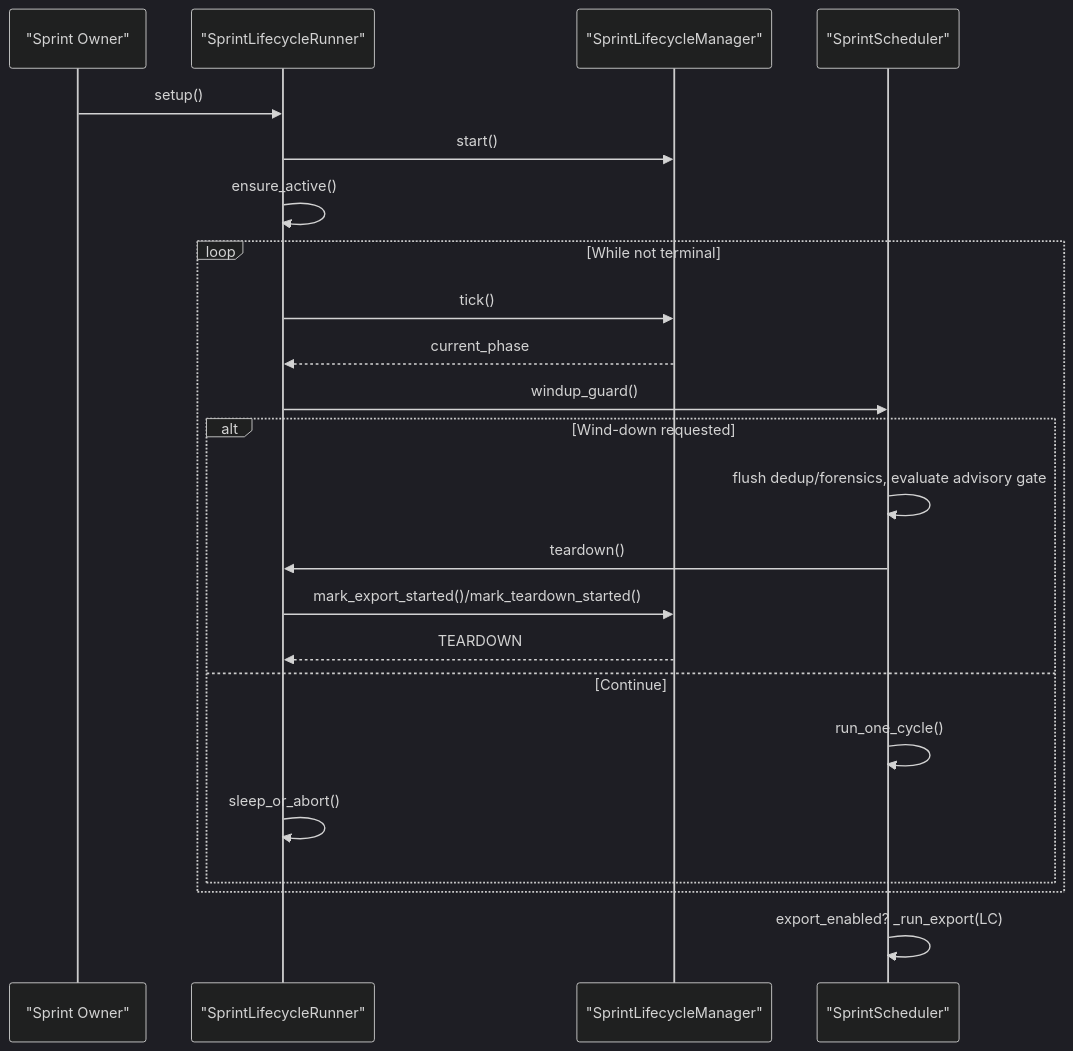
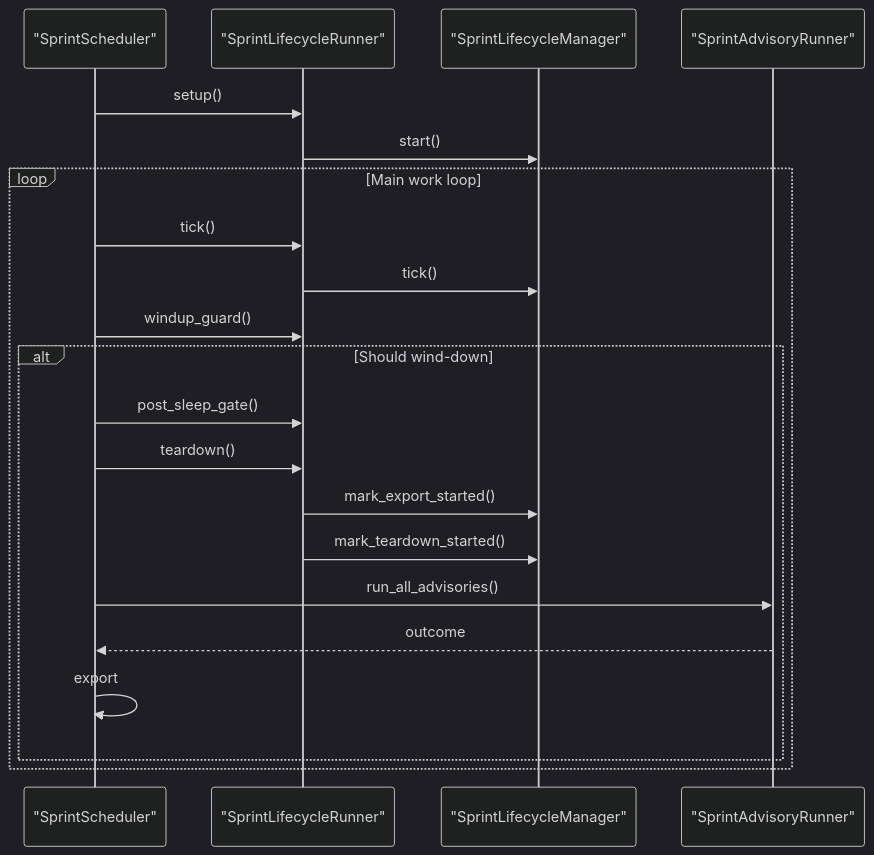
Before and after one commit to Hamulda/hledac-universal: the second of 6 diagrams in .qoder/repowiki/en/content/Runtime Management/Sprint Lifecycle Management.md, drawn with Mermaid (dark theme). The commit also changed other lines of this file and 236 other files, not shown here.

Commit message:
feat: F234 prelive gate, acquisition strategy and sprint scheduler improvements

````diff
--- a/.qoder/repowiki/en/content/Runtime Management/Sprint Lifecycle Management.md
+++ b/.qoder/repowiki/en/content/Runtime Management/Sprint Lifecycle Management.md
@@ -83,25 +102,23 @@
 ```mermaid
 sequenceDiagram
-participant Owner as "Sprint Owner"
+participant Owner as "SprintScheduler"
 participant Runner as "SprintLifecycleRunner"
 participant LC as "SprintLifecycleManager"
-participant SCH as "SprintScheduler"
+participant Adv as "SprintAdvisoryRunner"
 Owner->>Runner : setup()
 Runner->>LC : start()
-Runner->>Runner : ensure_active()
-loop While not terminal
+loop Main work loop
+Owner->>Runner : tick()
 Runner->>LC : tick()
-LC-->>Runner : current_phase
-Runner->>SCH : windup_guard()
-alt Wind-down requested
-SCH->>SCH : flush dedup/forensics, evaluate advisory gate
-SCH->>Runner : teardown()
-Runner->>LC : mark_export_started()/mark_teardown_started()
-LC-->>Runner : TEARDOWN
-else Continue
-SCH->>SCH : run_one_cycle()
-Runner->>Runner : sleep_or_abort()
+Owner->>Runner : windup_guard()
+alt Should wind-down
+Owner->>Runner : post_sleep_gate()
+Owner->>Runner : teardown()
+Runner->>LC : mark_export_started()
+Runner->>LC : mark_teardown_started()
+Owner->>Adv : run_all_advisories()
+Adv-->>Owner : outcome
+Owner->>Owner : export
 end
 end
-SCH->>SCH : export_enabled? _run_export(LC)
 ```
````
